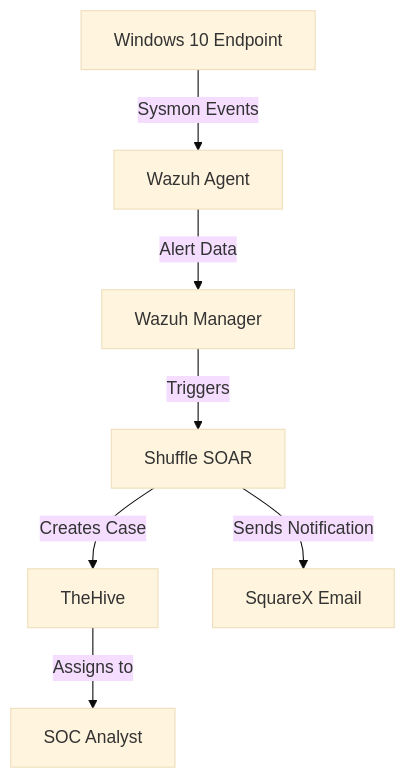
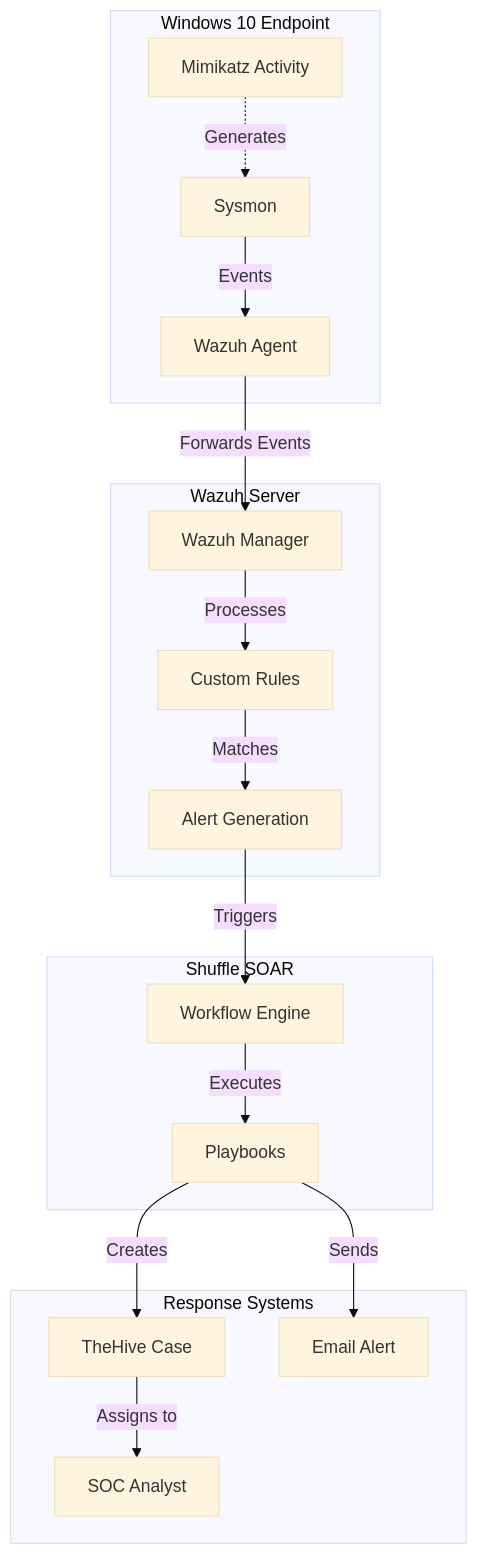
The first of 3 diagrams in README.md (eman-cickusic/SOC_Automation), drawn with Mermaid (base theme) before and after one commit. The commit also changed other lines of this file, not shown here.

````diff
--- a/README.md
+++ b/README.md
@@ -13,9 +13,24 @@
 ```mermaid
-graph TD
-    A[Windows 10 Endpoint] -->|Sysmon Events| B[Wazuh Agent]
-    B -->|Alert Data| C[Wazuh Manager]
-    C -->|Triggers| D[Shuffle SOAR]
-    D -->|Creates Case| E[TheHive]
-    D -->|Sends Notification| F[SquareX Email]
-    E -->|Assigns to| G[SOC Analyst]
+flowchart TD
+    subgraph Windows["Windows 10 Endpoint"]
+        A[Sysmon] -->|Events| B[Wazuh Agent]
+        M[Mimikatz Activity] -.->|Generates| A
+    end
+    
+    subgraph Wazuh["Wazuh Server"]
+        C[Wazuh Manager] -->|Processes| D[Custom Rules]
+        D -->|Matches| E[Alert Generation]
+        B -->|Forwards Events| C
+    end
+    
+    subgraph SOAR["Shuffle SOAR"]
+        E -->|Triggers| F[Workflow Engine]
+        F -->|Executes| G[Playbooks]
+    end
+    
+    subgraph Response["Response Systems"]
+        G -->|Creates| H[TheHive Case]
+        G -->|Sends| I[Email Alert]
+        H -->|Assigns to| J[SOC Analyst]
+    end
 ```
````
